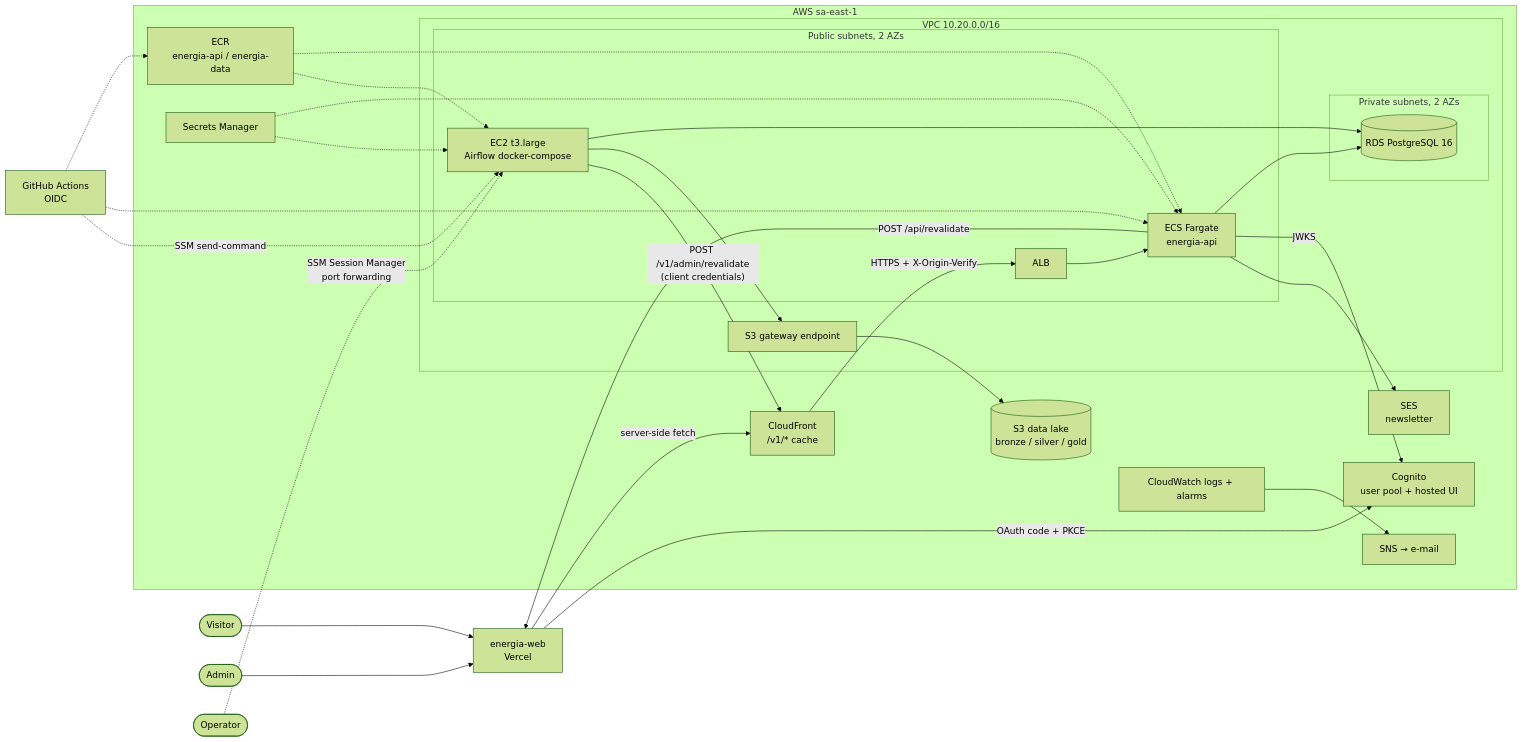
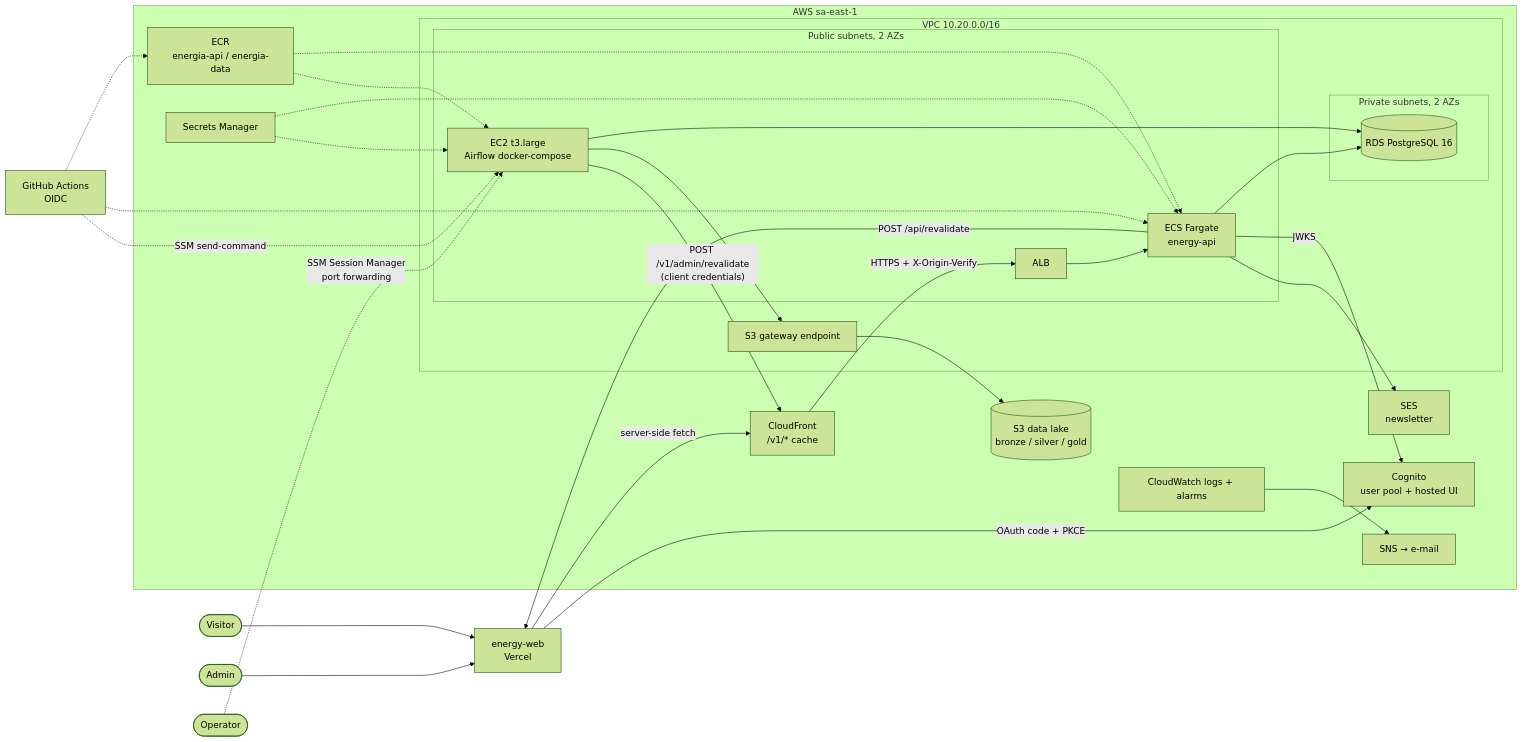
The diagram in README.md (LeonardoMatos07/energia-infra), drawn with Mermaid (forest theme) before and after one commit. The commit also changed other lines of this file and 3 other files, not shown here.

First line of the commit message:
Rename repository references from energia-* to energy-*

````diff
--- a/README.md
+++ b/README.md
@@ -13,38 +18,38 @@
 ```mermaid
 flowchart LR
-  user([Visitor]) --> vercel[energia-web<br/>Vercel]
+  user([Visitor]) --> vercel[energy-web<br/>Vercel]
   admin([Admin]) --> vercel
   vercel -- "server-side fetch" --> cf
   vercel -- "OAuth code + PKCE" --> cognito[Cognito<br/>user pool + hosted UI]
 
   subgraph aws [AWS sa-east-1]
     cf[CloudFront<br/>/v1/* cache] -- "HTTPS + X-Origin-Verify" --> alb[ALB]
     subgraph vpc [VPC 10.20.0.0/16]
       subgraph pub [Public subnets, 2 AZs]
-        alb --> ecs[ECS Fargate<br/>energia-api]
+        alb --> ecs[ECS Fargate<br/>energy-api]
         ec2[EC2 t3.large<br/>Airflow docker-compose]
       end
       subgraph priv [Private subnets, 2 AZs]
         rds[(RDS PostgreSQL 16)]
       end
       s3gw[S3 gateway endpoint]
     end
     ecs --> rds
     ec2 --> rds
     ec2 --> s3gw --> lake[(S3 data lake<br/>bronze / silver / gold)]
     ec2 -- "POST /v1/admin/revalidate<br/>(client credentials)" --> cf
     ecs -- "JWKS" --> cognito
     ecs --> ses[SES<br/>newsletter]
     ecr[ECR<br/>energia-api / energia-data] -.-> ecs
     ecr -.-> ec2
     sm[Secrets Manager] -.-> ecs
     sm -.-> ec2
     cw[CloudWatch logs + alarms] --> sns[SNS → e-mail]
   end
 
   ecs -- "POST /api/revalidate" --> vercel
   gh[GitHub Actions<br/>OIDC] -.-> ecr
   gh -.-> ecs
   gh -. "SSM send-command" .-> ec2
   op([Operator]) -. "SSM Session Manager<br/>port forwarding" .-> ec2
 ```
````
